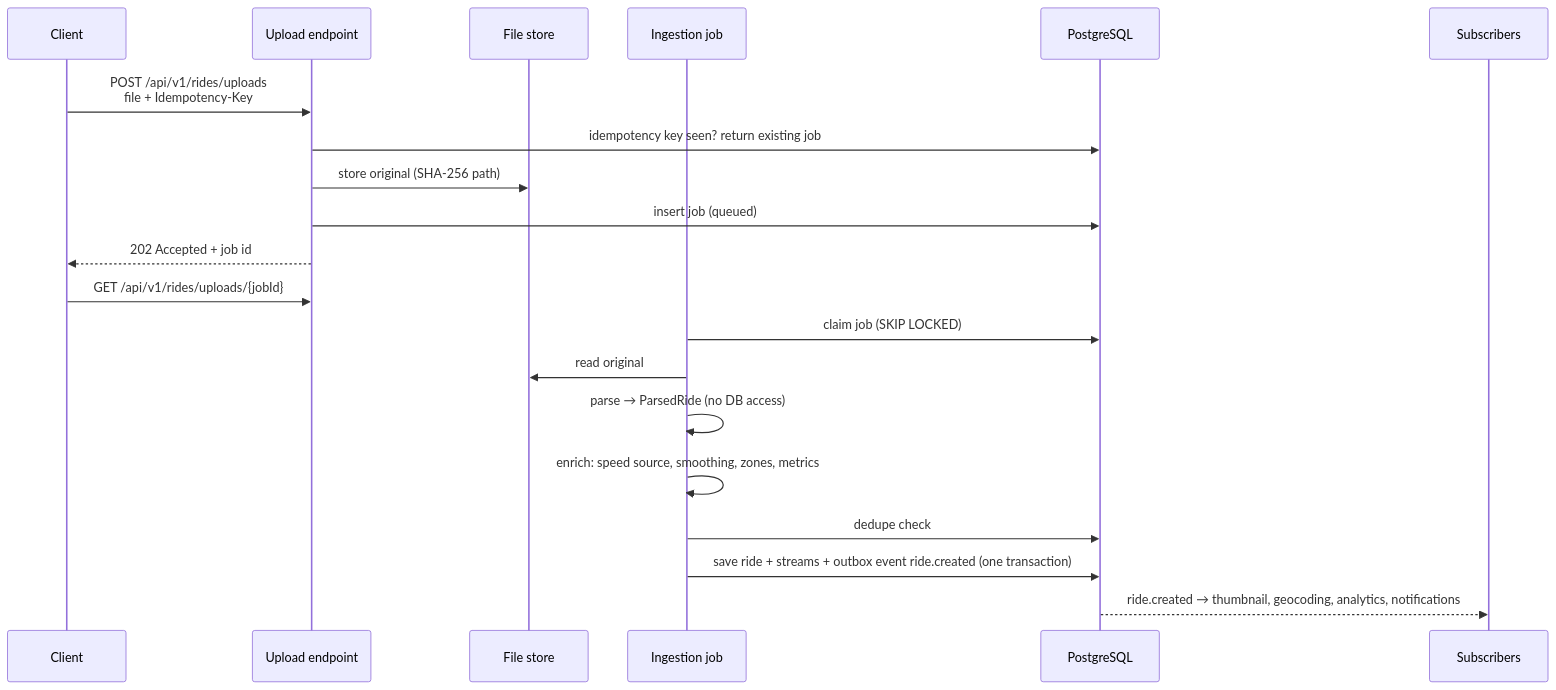
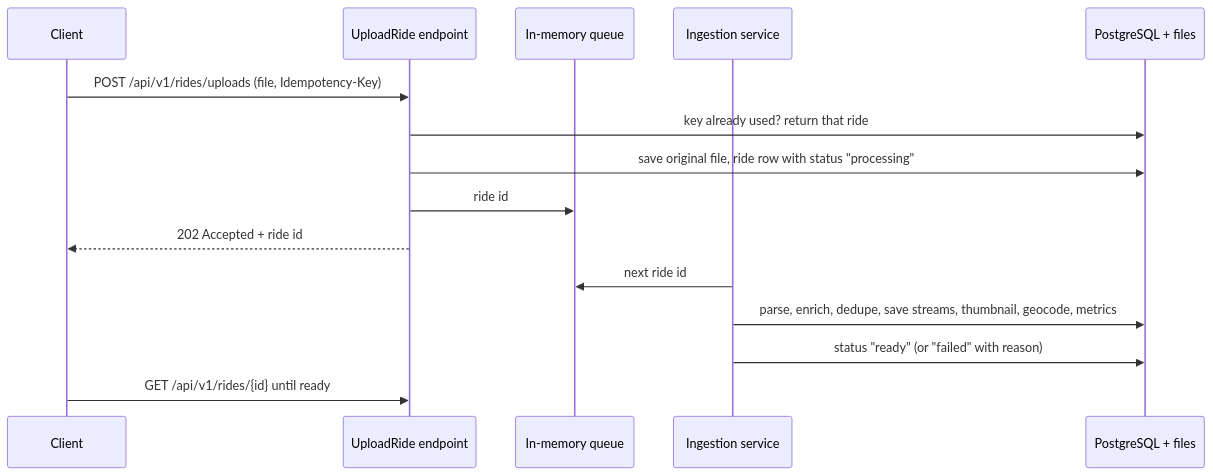
The second of 4 diagrams in docs/architecture.md (zenkraker/Velomine), drawn with Mermaid before and after one commit. The commit also changed other lines of this file and 7 other files, not shown here.

First line of the commit message:
Simplify architecture: vertical slices, FastEndpoints, in-server jobs

````diff
--- a/docs/architecture.md
+++ b/docs/architecture.md
@@ -108,23 +90,18 @@
 ```mermaid
 sequenceDiagram
   participant C as Client
-  participant API as Upload endpoint
-  participant FS as File store
-  participant J as Ingestion job
-  participant DB as PostgreSQL
-  participant Sub as Subscribers
+  participant E as UploadRide endpoint
+  participant Q as In-memory queue
+  participant W as Ingestion service
+  participant S as PostgreSQL + files
 
-  C->>API: POST /api/v1/rides/uploads<br/>file + Idempotency-Key
-  API->>DB: idempotency key seen? return existing job
-  API->>FS: store original (SHA-256 path)
-  API->>DB: insert job (queued)
-  API-->>C: 202 Accepted + job id
-  C->>API: GET /api/v1/rides/uploads/{jobId}
-  J->>DB: claim job (SKIP LOCKED)
-  J->>FS: read original
-  J->>J: parse → ParsedRide (no DB access)
-  J->>J: enrich: speed source, smoothing, zones, metrics
-  J->>DB: dedupe check
-  J->>DB: save ride + streams + outbox event ride.created (one transaction)
-  DB-->>Sub: ride.created → thumbnail, geocoding, analytics, notifications
+  C->>E: POST /api/v1/rides/uploads (file, Idempotency-Key)
+  E->>S: key already used? return that ride
+  E->>S: save original file, ride row with status "processing"
+  E->>Q: ride id
+  E-->>C: 202 Accepted + ride id
+  W->>Q: next ride id
+  W->>S: parse, enrich, dedupe, save streams, thumbnail, geocode, metrics
+  W->>S: status "ready" (or "failed" with reason)
+  C->>E: GET /api/v1/rides/{id} until ready
 ```
````
